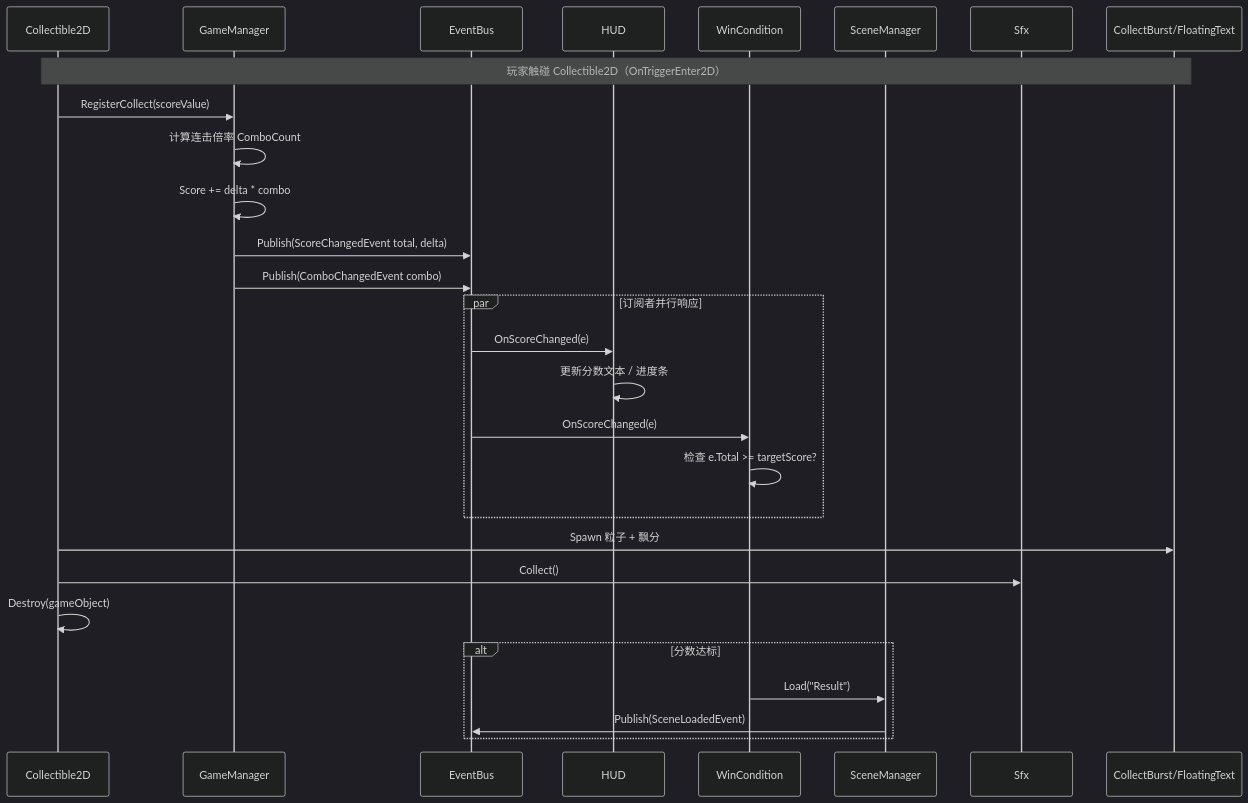
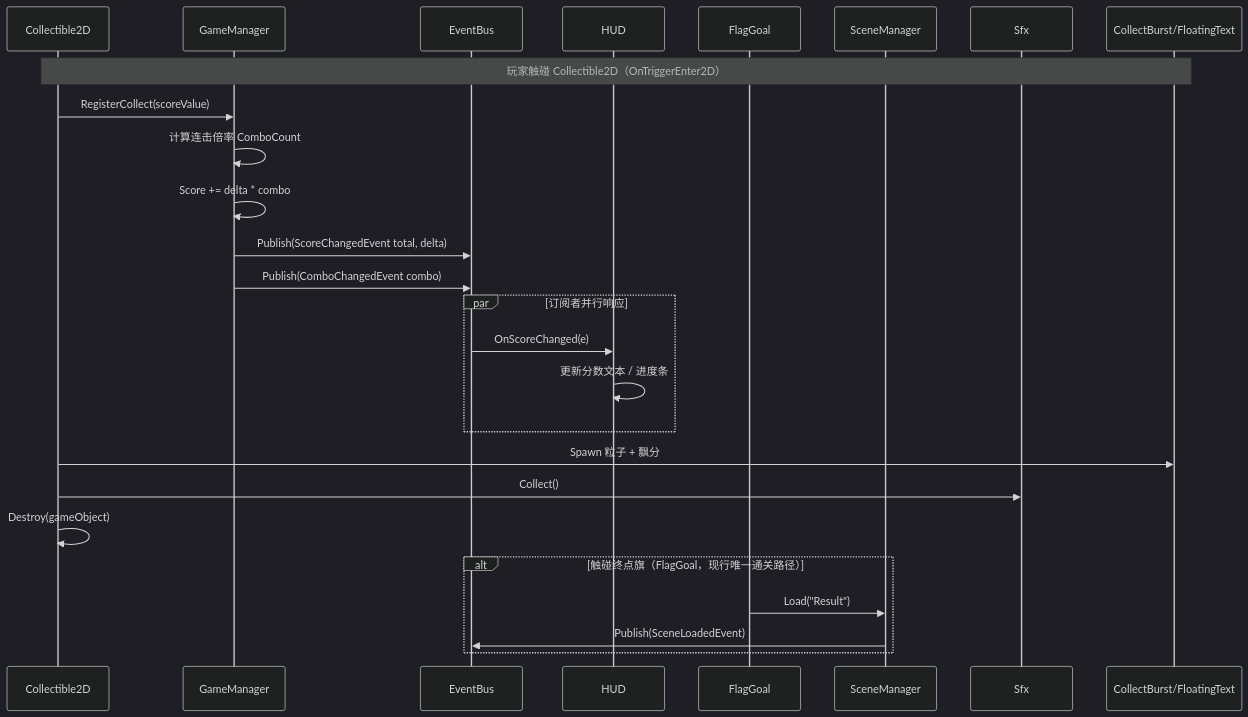
One commit to duyv0826/platformer-prototype changed the second of 2 diagrams in docs/01-项目架构总览.md. Above: the diagram before and after it, drawn with Mermaid (dark theme). The commit also changed other lines of this file and 20 other files, not shown here.

````diff
--- a/docs/01-项目架构总览.md
+++ b/docs/01-项目架构总览.md
@@ -202,34 +201,32 @@
 ```mermaid
 sequenceDiagram
     participant C2D as Collectible2D
     participant GM as GameManager
     participant EB as EventBus
     participant HUD as HUD
-    participant WC as WinCondition
+    participant FG as FlagGoal
     participant SC as SceneManager
     participant Sfx as Sfx
     participant FX as CollectBurst/FloatingText
 
     Note over C2D,FX: 玩家触碰 Collectible2D（OnTriggerEnter2D）
     C2D->>GM: RegisterCollect(scoreValue)
     GM->>GM: 计算连击倍率 ComboCount
     GM->>GM: Score += delta * combo
     GM->>EB: Publish(ScoreChangedEvent total, delta)
     GM->>EB: Publish(ComboChangedEvent combo)
     
     par 订阅者并行响应
         EB->>HUD: OnScoreChanged(e)
         HUD->>HUD: 更新分数文本 / 进度条
-        EB->>WC: OnScoreChanged(e)
-        WC->>WC: 检查 e.Total >= targetScore?
     end
     
     C2D->>FX: Spawn 粒子 + 飘分
     C2D->>Sfx: Collect()
     C2D->>C2D: Destroy(gameObject)
     
-    alt 分数达标
-        WC->>SC: Load("Result")
+    alt 触碰终点旗（FlagGoal，现行唯一通关路径）
+        FG->>SC: Load("Result")
         SC->>EB: Publish(SceneLoadedEvent)
     end
 ```
````
